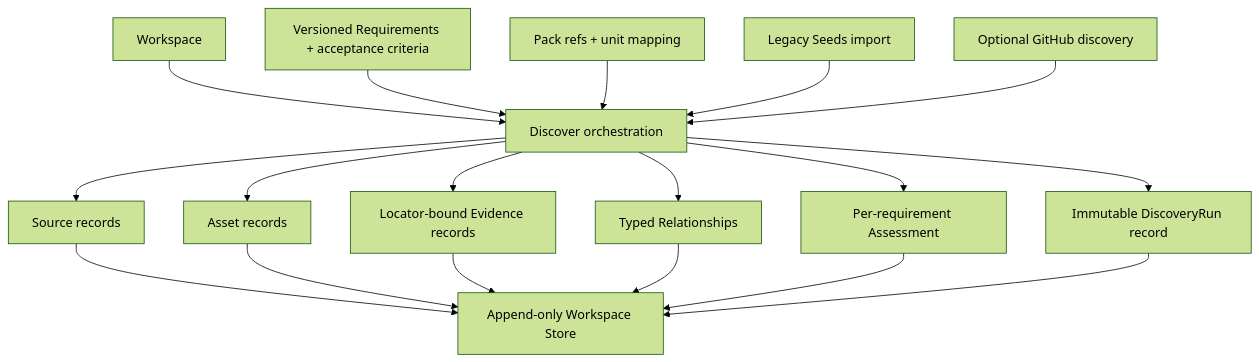
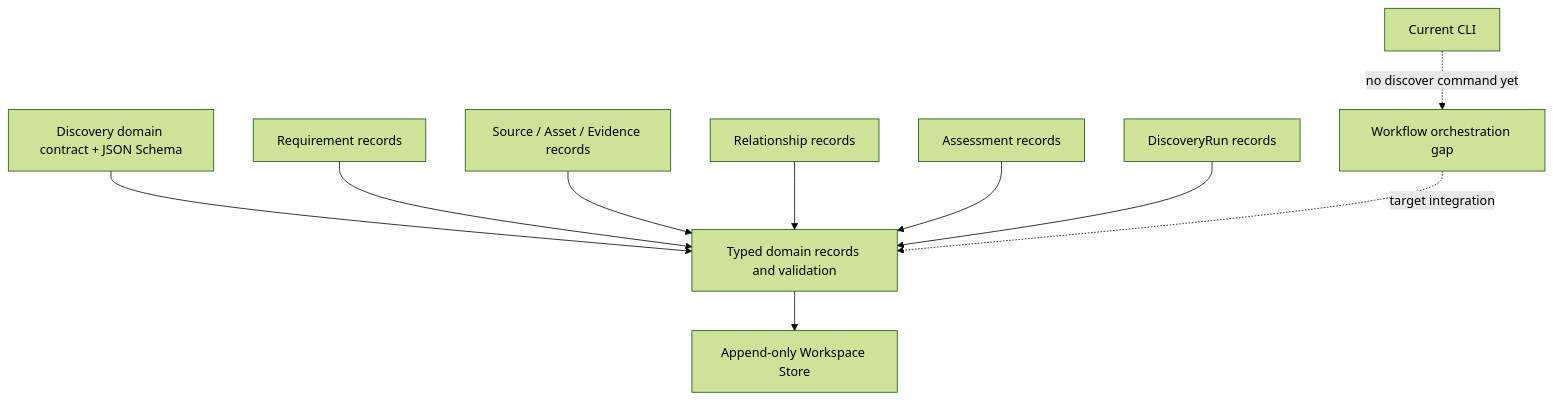
One commit to datongcfl/radar changed the second of 4 diagrams in docs/architecture/ARCHITECTURE-OVERVIEW.md. Above: the diagram before and after it, drawn with Mermaid (forest theme). The commit also changed other lines of this file, not shown here.

Commit message:
docs: correct current discovery workflow status

````diff
--- a/docs/architecture/ARCHITECTURE-OVERVIEW.md
+++ b/docs/architecture/ARCHITECTURE-OVERVIEW.md
@@ -50,20 +50,12 @@
 ```mermaid
 flowchart TD
-  W[Workspace] --> D[Discover orchestration]
-  REQ[Versioned Requirements + acceptance criteria] --> D
-  PACK[Pack refs + unit mapping] --> D
-  SEEDS[Legacy Seeds import] --> D
-  GH[Optional GitHub discovery] --> D
-  D --> SRC[Source records]
-  D --> AST[Asset records]
-  D --> EVD[Locator-bound Evidence records]
-  D --> REL[Typed Relationships]
-  SRC --> STORE[Append-only Workspace Store]
-  AST --> STORE
-  EVD --> STORE
-  REL --> STORE
-  D --> ASM[Per-requirement Assessment]
-  ASM --> STORE
-  D --> RUN[Immutable DiscoveryRun record]
-  RUN --> STORE
+  SPEC[Discovery domain contract + JSON Schema] --> REC[Typed domain records and validation]
+  REC --> STORE[Append-only Workspace Store]
+  REQ[Requirement records] --> REC
+  SRC[Source / Asset / Evidence records] --> REC
+  REL[Relationship records] --> REC
+  ASM[Assessment records] --> REC
+  RUN[DiscoveryRun records] --> REC
+  CLI[Current CLI] -. no discover command yet .-> GAP[Workflow orchestration gap]
+  GAP -. target integration .-> REC
 ```
````
